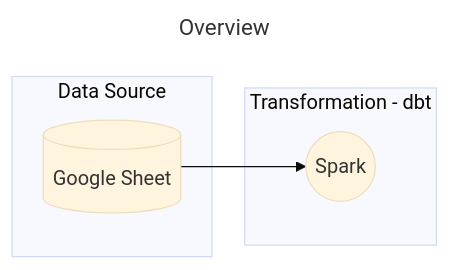
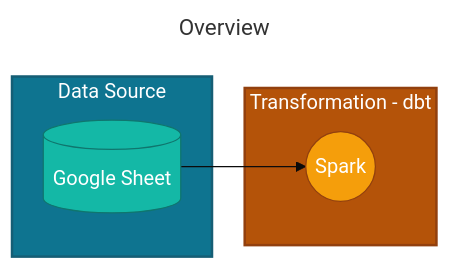
One commit to tuananh8497/hibi changed the diagram in README.MD. Above: the diagram before and after it, drawn with Mermaid (base theme).

Commit message:
update overview

````diff
--- a/README.MD
+++ b/README.MD
@@ -5,15 +5,23 @@
 ```mermaid
 ---
 title: Overview
 ---
 flowchart LR;	
-	subgraph "Data Source"
+	subgraph SRC["Data Source"]
 	A@{ shape: cyl, label: "Google Sheet" }
 	end
 
-	subgraph "Transformation - dbt"
+	subgraph ETL["Transformation - dbt"]
 	B@{ shape: circle, label: "Spark" }
     end
 
 	A --> B
+
+    %% Teal / aqua tone for source
+    style SRC fill:#0E7490,stroke:#155E75,stroke-width:2px,color:#FFFFFF
+    style A fill:#14B8A6,stroke:#0F766E,color:#FFFFFF
+
+    %% Warm amber for transformation
+    style ETL fill:#B45309,stroke:#92400E,stroke-width:2px,color:#FFFFFF
+    style B fill:#F59E0B,stroke:#92400E,color:#FFFFFF
 ```
````
